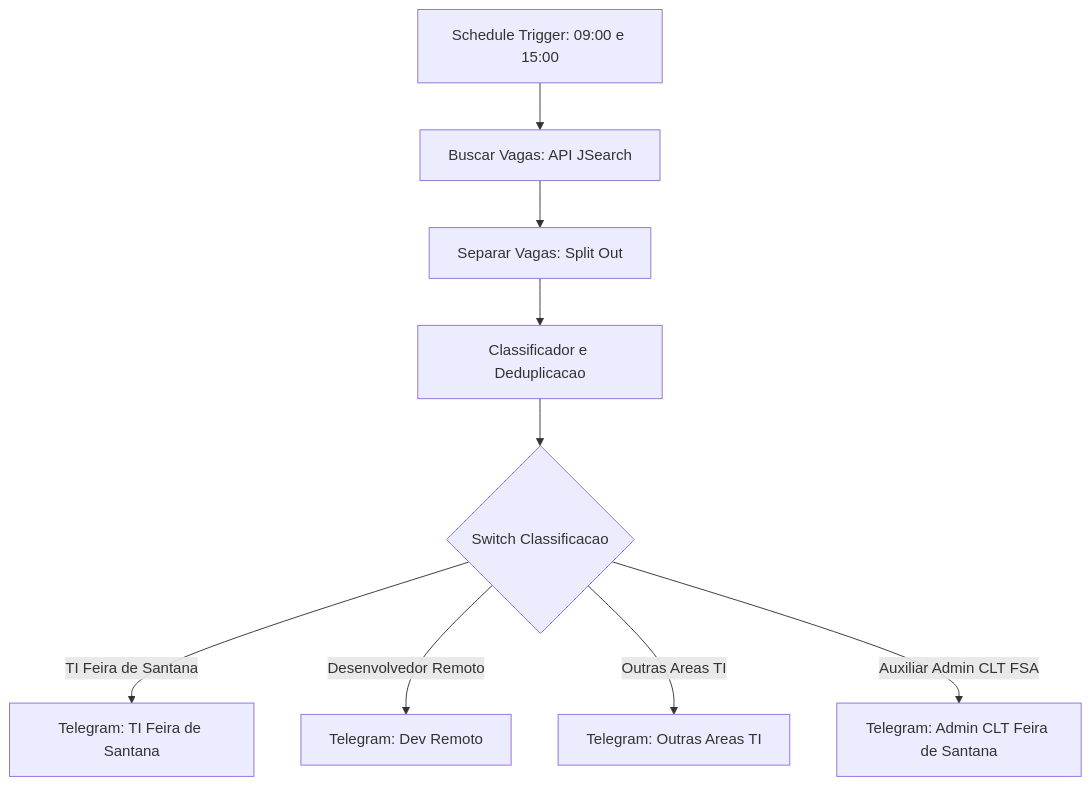
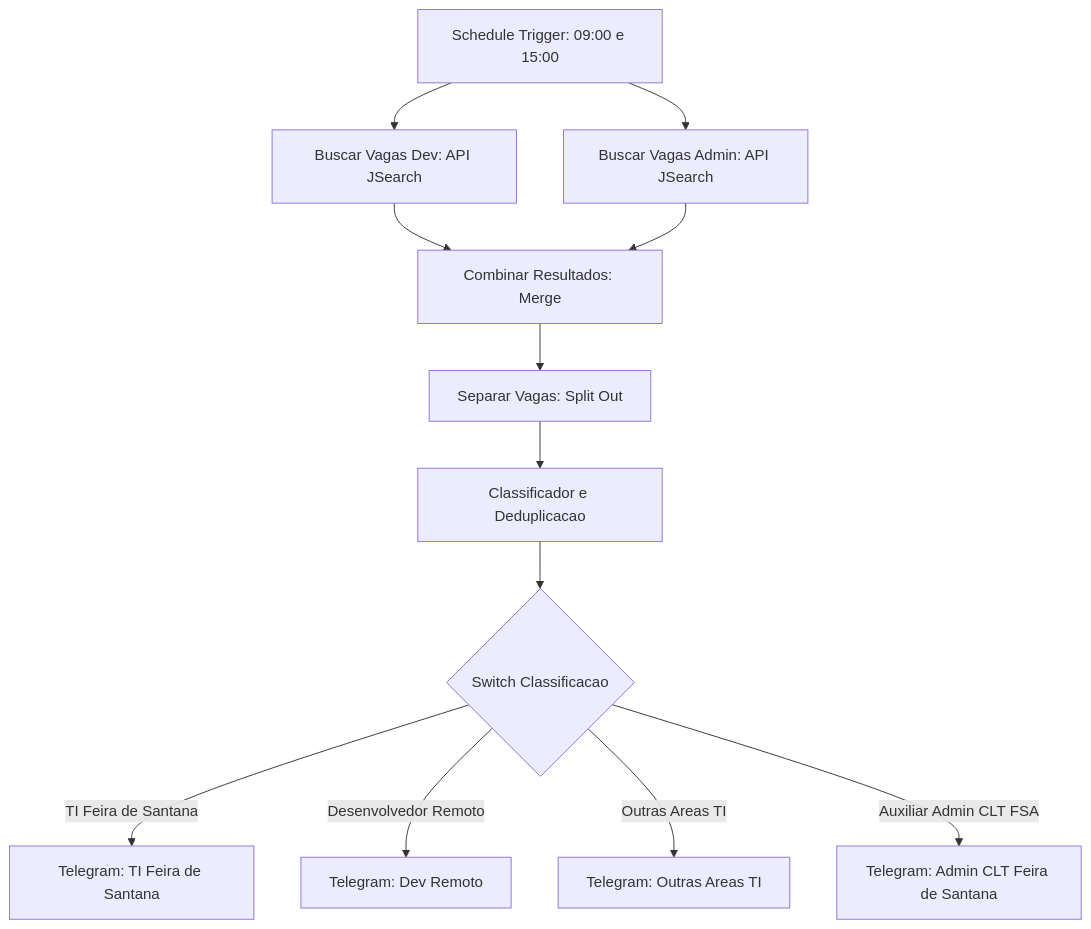
One commit to Jntgirardi/monitor-de-vagas-n8n changed the diagram in README.md. Above: the diagram before and after it, drawn with Mermaid. The commit also changed other lines of this file and 1 other file, not shown here.

Commit message:
fix: divide buscas com no merge para garantir dados e execucao completa do switch

````diff
--- a/README.md
+++ b/README.md
@@ -7,12 +7,17 @@
 ```mermaid
 flowchart TD
-    Schedule["Schedule Trigger: 09:00 e 15:00"] --> Fetch["Buscar Vagas: API JSearch"]
-    Fetch --> Split["Separar Vagas: Split Out"]
+    Schedule["Schedule Trigger: 09:00 e 15:00"] --> FetchDev["Buscar Vagas Dev: API JSearch"]
+    Schedule --> FetchAdmin["Buscar Vagas Admin: API JSearch"]
+    
+    FetchDev --> Merge["Combinar Resultados: Merge"]
+    FetchAdmin --> Merge
+    
+    Merge --> Split["Separar Vagas: Split Out"]
     Split --> Classifier["Classificador e Deduplicacao"]
     Classifier --> Switch{"Switch Classificacao"}
     
     Switch -->|TI Feira de Santana| TG1["Telegram: TI Feira de Santana"]
     Switch -->|Desenvolvedor Remoto| TG2["Telegram: Dev Remoto"]
     Switch -->|Outras Areas TI| TG3["Telegram: Outras Areas TI"]
     Switch -->|Auxiliar Admin CLT FSA| TG4["Telegram: Admin CLT Feira de Santana"]
 ```
````
